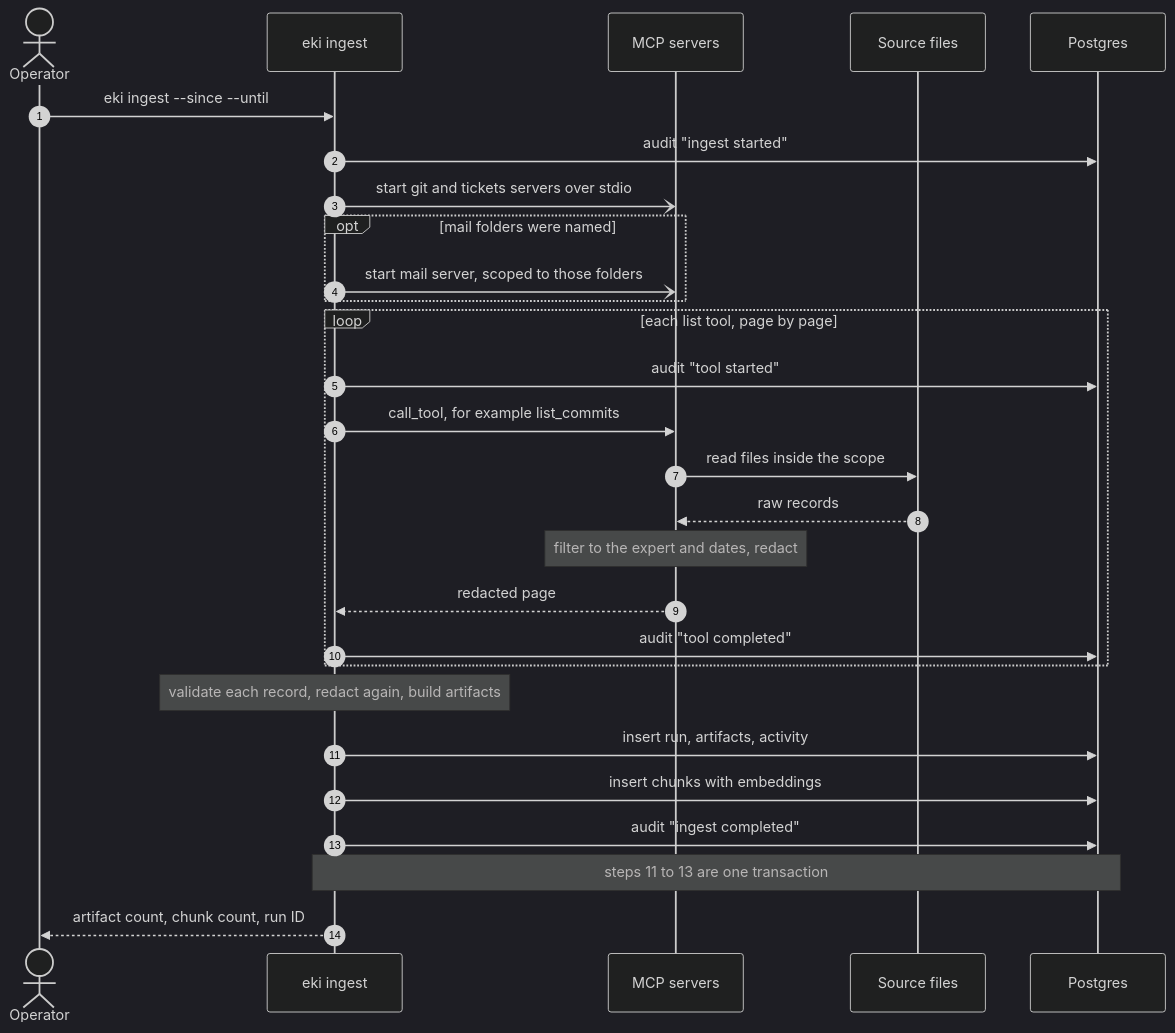
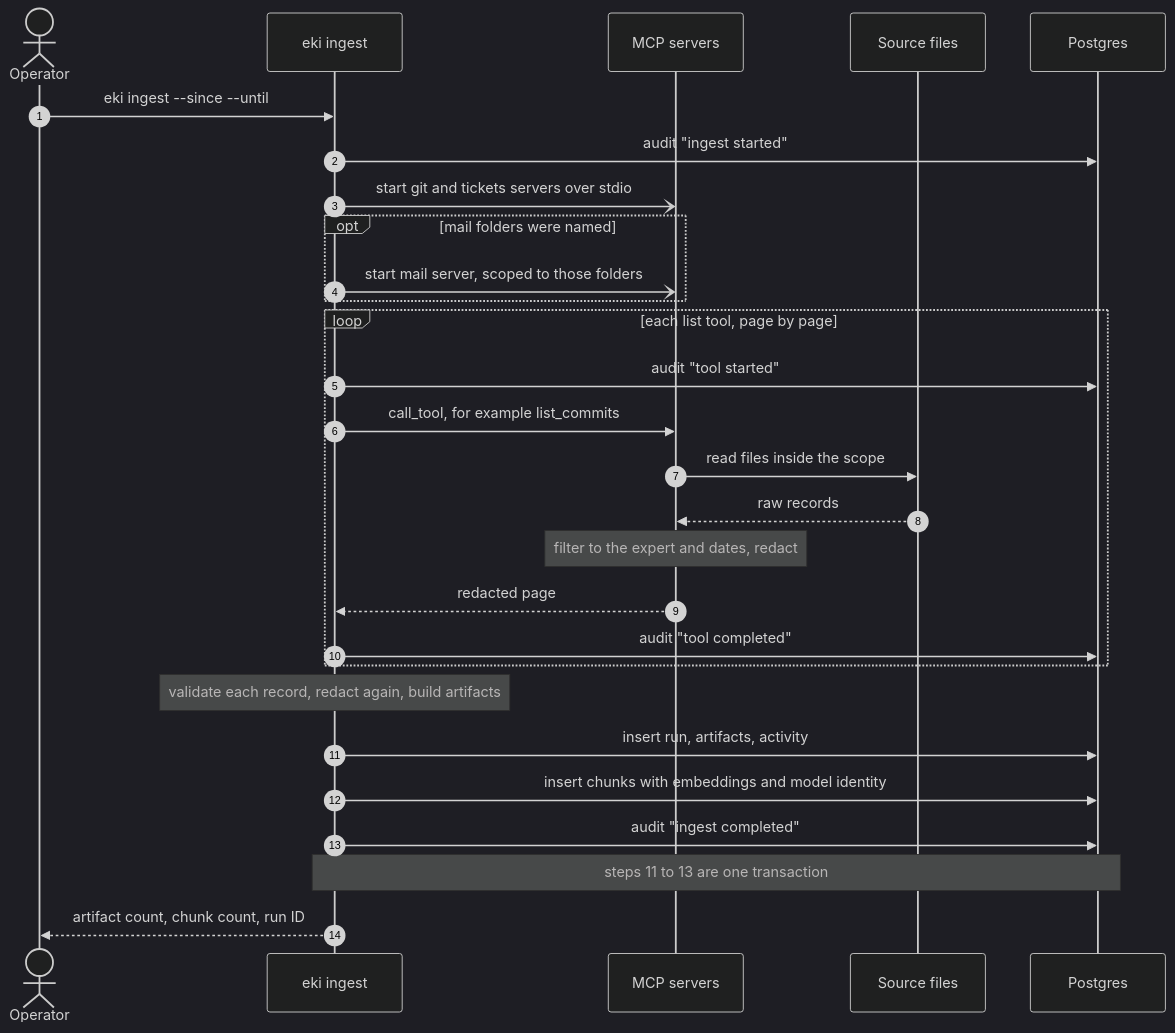
One commit to medaliyed/exit-knowledge-interviewer changed the diagram in docs/flows/ingest.md. Above: the diagram before and after it, drawn with Mermaid (dark theme). The commit also changed other lines of this file and 17 other files, not shown here.

````diff
--- a/docs/flows/ingest.md
+++ b/docs/flows/ingest.md
@@ -10,31 +10,31 @@
 ```mermaid
 sequenceDiagram
     autonumber
     actor Operator
     participant CLI as eki ingest
     participant MCP as MCP servers
     participant Files as Source files
     participant DB as Postgres
 
     Operator->>CLI: eki ingest --since --until
     CLI->>DB: audit "ingest started"
     CLI-)MCP: start git and tickets servers over stdio
     opt mail folders were named
         CLI-)MCP: start mail server, scoped to those folders
     end
     loop each list tool, page by page
         CLI->>DB: audit "tool started"
         CLI->>MCP: call_tool, for example list_commits
         MCP->>Files: read files inside the scope
         Files-->>MCP: raw records
         Note over MCP: filter to the expert and dates, redact
         MCP-->>CLI: redacted page
         CLI->>DB: audit "tool completed"
     end
     Note over CLI: validate each record, redact again, build artifacts
     CLI->>DB: insert run, artifacts, activity
-    CLI->>DB: insert chunks with embeddings
+    CLI->>DB: insert chunks with embeddings and model identity
     CLI->>DB: audit "ingest completed"
     Note over CLI,DB: steps 11 to 13 are one transaction
     CLI-->>Operator: artifact count, chunk count, run ID
 ```
````
